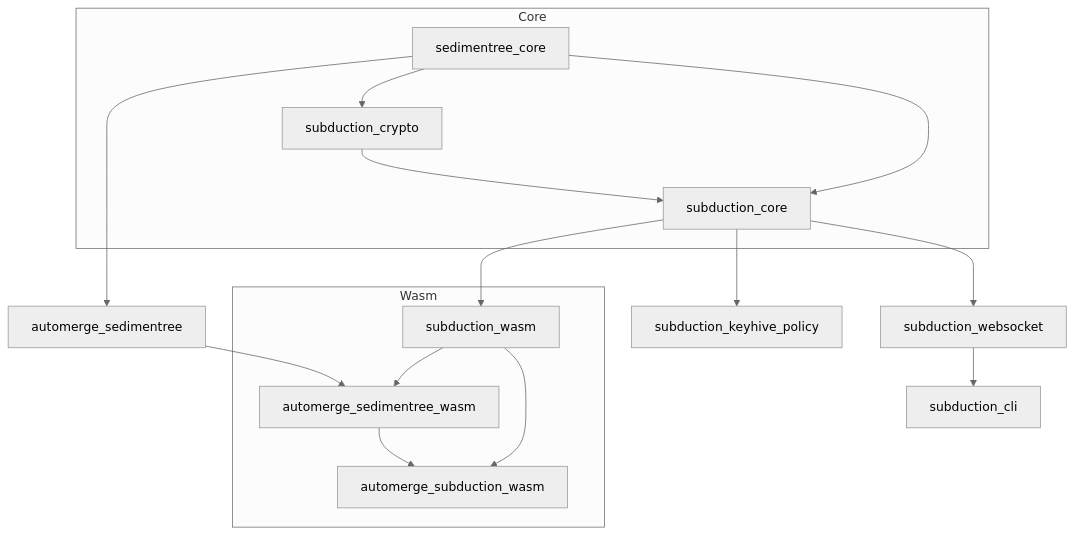
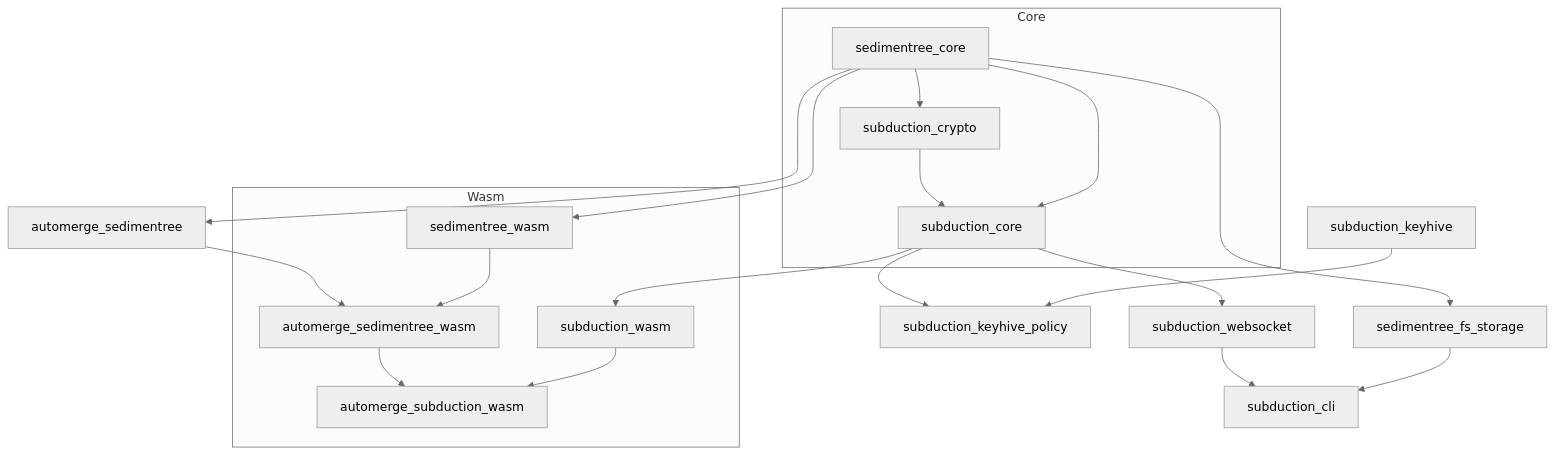
The diagram in README.md (inkandswitch/subduction), drawn with Mermaid (neutral theme) before and after one commit. The commit also changed other lines of this file and 12 other files, not shown here.

````diff
--- a/README.md
+++ b/README.md
@@ -29,36 +29,43 @@
 ```mermaid
 graph TD
     subgraph Core
         sedimentree_core
         subduction_crypto
         subduction_core
     end
 
+    sedimentree_fs_storage
     automerge_sedimentree
     subduction_websocket
     subduction_cli
+    subduction_keyhive
     subduction_keyhive_policy
 
     subgraph Wasm
+        sedimentree_wasm
         subduction_wasm
         automerge_sedimentree_wasm
         automerge_subduction_wasm
     end
 
     sedimentree_core --> subduction_crypto
     subduction_crypto --> subduction_core
     sedimentree_core --> subduction_core
     sedimentree_core --> automerge_sedimentree
+    sedimentree_core --> sedimentree_fs_storage
+    sedimentree_core --> sedimentree_wasm
 
     subduction_core --> subduction_websocket
     subduction_core --> subduction_wasm
     subduction_core --> subduction_keyhive_policy
+    subduction_keyhive --> subduction_keyhive_policy
 
     subduction_websocket --> subduction_cli
+    sedimentree_fs_storage --> subduction_cli
 
     automerge_sedimentree --> automerge_sedimentree_wasm
-    subduction_wasm --> automerge_sedimentree_wasm
+    sedimentree_wasm --> automerge_sedimentree_wasm
 
     automerge_sedimentree_wasm --> automerge_subduction_wasm
     subduction_wasm --> automerge_subduction_wasm
 ```
````
